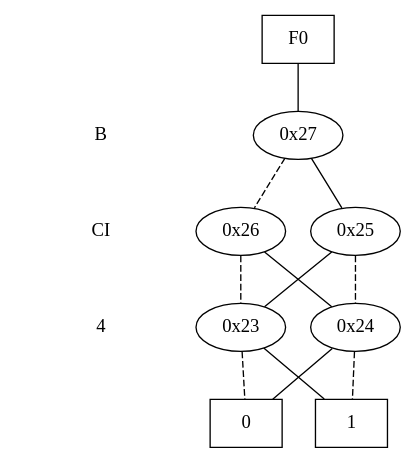
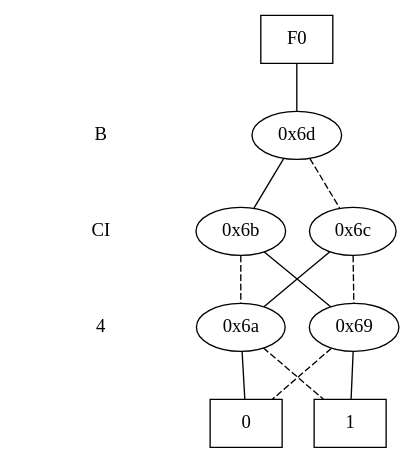
The diagram in tool/bdd_output/add2d1.dot (DimitrisT1804/algorithm_cad1_project), drawn with Graphviz before and after one commit. The commit also changed 8 other files, not shown here.

```diff
--- a/tool/bdd_output/add2d1.dot
+++ b/tool/bdd_output/add2d1.dot
@@ -1,41 +1,41 @@
 digraph "DD" {
 size = "7.5,10"
 center = true;
 edge [dir = none];
 { node [shape = plaintext];
   edge [style = invis];
   "CONST NODES" [style = invis];
 " B " -> " CI " -> " 4 " -> "CONST NODES"; 
 }
 { rank = same; node [shape = box]; edge [style = invis];
 "F0"; }
 { rank = same; " B ";
-"0x27";
+"0x6d";
 }
 { rank = same; " CI ";
-"0x26";
-"0x25";
+"0x6b";
+"0x6c";
 }
 { rank = same; " 4 ";
-"0x23";
-"0x24";
+"0x6a";
+"0x69";
 }
 { rank = same; "CONST NODES";
-{ node [shape = box]; "0x18";
-"0x17";
+{ node [shape = box]; "0x5e";
+"0x5d";
 }
 }
-"F0" -> "0x27" [style = solid];
-"0x27" -> "0x25";
-"0x27" -> "0x26" [style = dashed];
-"0x26" -> "0x24";
-"0x26" -> "0x23" [style = dashed];
-"0x25" -> "0x23";
-"0x25" -> "0x24" [style = dashed];
-"0x23" -> "0x17";
-"0x23" -> "0x18" [style = dashed];
-"0x24" -> "0x18";
-"0x24" -> "0x17" [style = dashed];
-"0x18" [label = "0"];
-"0x17" [label = "1"];
+"F0" -> "0x6d" [style = solid];
+"0x6d" -> "0x6b";
+"0x6d" -> "0x6c" [style = dashed];
+"0x6b" -> "0x69";
+"0x6b" -> "0x6a" [style = dashed];
+"0x6c" -> "0x6a";
+"0x6c" -> "0x69" [style = dashed];
+"0x6a" -> "0x5e";
+"0x6a" -> "0x5d" [style = dashed];
+"0x69" -> "0x5d";
+"0x69" -> "0x5e" [style = dashed];
+"0x5e" [label = "0"];
+"0x5d" [label = "1"];
 }
```
